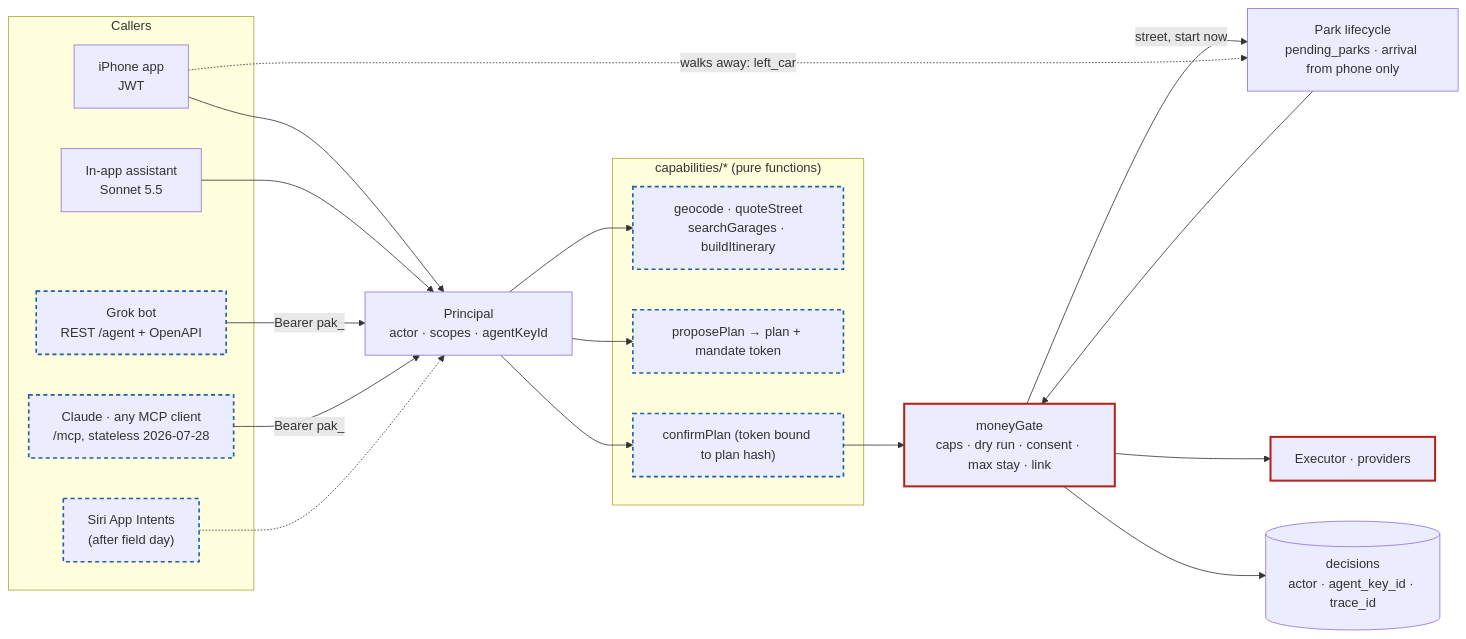
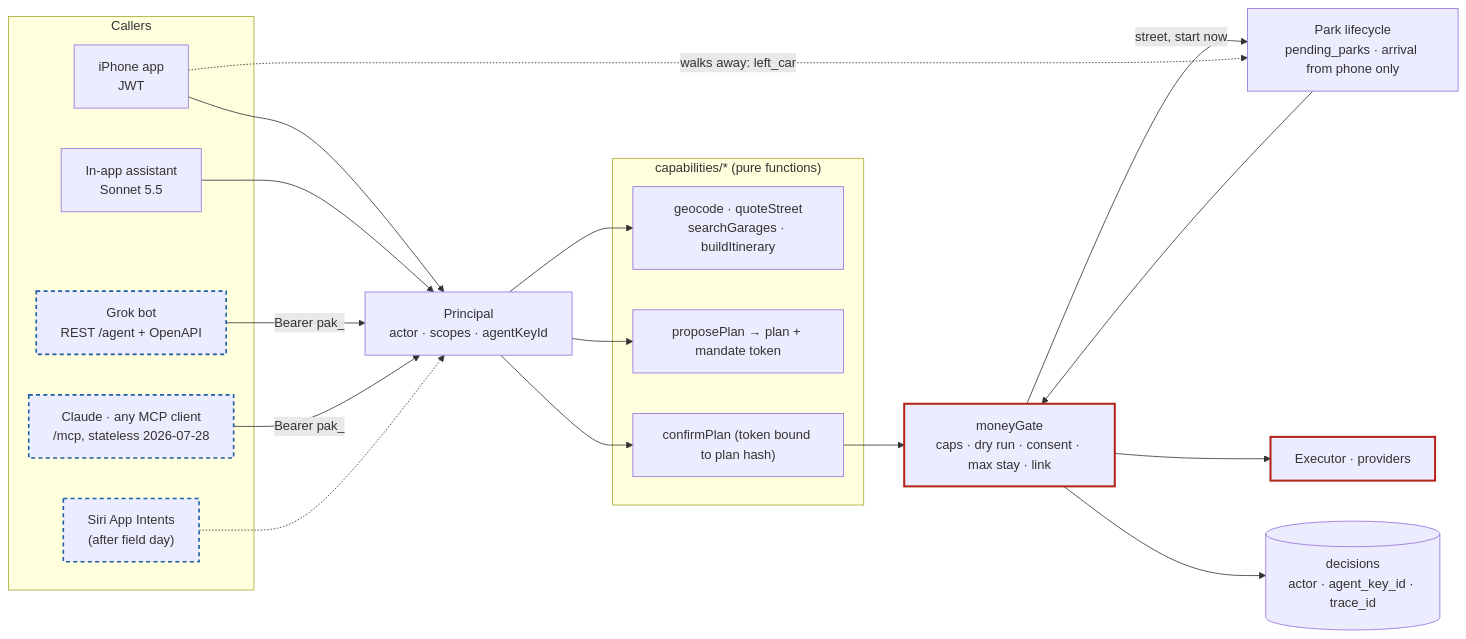
One commit to thomasbardhi01/parkagent changed the third of 4 diagrams in docs/architecture.md. Above: the diagram before and after it, drawn with Mermaid. The commit also changed other lines of this file and 17 other files, not shown here.

````diff
--- a/docs/architecture.md
+++ b/docs/architecture.md
@@ -101,41 +104,41 @@
 ```mermaid
 flowchart LR
   subgraph Callers
     APP["iPhone app<br/>JWT"]
     LOOP["In-app assistant<br/>Sonnet 5.5"]
     GROK["Grok bot<br/>REST /agent + OpenAPI"]
     CL["Claude · any MCP client<br/>/mcp, stateless 2026-07-28"]
     SIRI["Siri App Intents<br/>(after field day)"]
   end
 
   P["Principal<br/>actor · scopes · agentKeyId"]
 
   subgraph Cap["capabilities/* (pure functions)"]
     C1["geocode · quoteStreet<br/>searchGarages · buildItinerary"]
     C2["proposePlan → plan + mandate token"]
     C3["confirmPlan (token bound to plan hash)"]
   end
 
   GATE["moneyGate<br/>caps · dry run · consent · max stay · link"]
   LIFE["Park lifecycle<br/>pending_parks · arrival from phone only"]
   EXE["Executor · providers"]
   DEC[("decisions<br/>actor · agent_key_id · trace_id")]
 
   APP --> P
   LOOP --> P
   GROK -- "Bearer pak_" --> P
   CL -- "Bearer pak_" --> P
   SIRI -.-> P
   P --> C1 & C2 & C3
   C3 --> GATE
   GATE -- "street, start now" --> LIFE
   LIFE --> GATE
   GATE --> EXE
   GATE --> DEC
   APP -. "walks away: left_car" .-> LIFE
 
   classDef money stroke:#b42318,stroke-width:2.5px
   classDef planned stroke:#1d5fa8,stroke-width:2px,stroke-dasharray:5 4
   class GATE,EXE money
-  class C1,C2,C3,GROK,CL,SIRI planned
+  class GROK,CL,SIRI planned
 ```
````
